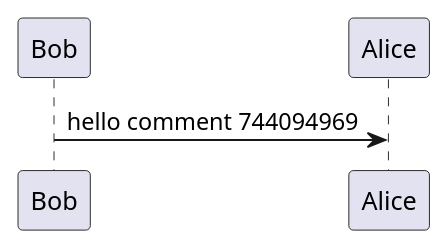
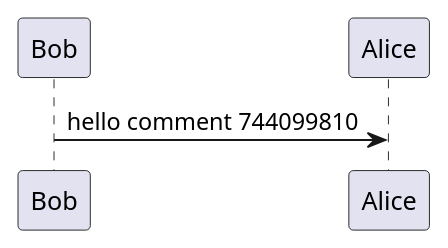
Before and after one commit to holowinski/plantuml-github-action: the diagram in examples/sequence.puml, drawn with PlantUML. The commit also changed 1 other file, not shown here.

Commit message:
Regenerated example diagram - new comment received

```diff
--- a/examples/sequence.puml
+++ b/examples/sequence.puml
@@ -1,3 +1,3 @@
 @startuml
-Bob->Alice : hello comment 744094969
+Bob->Alice : hello comment 744099810
 @enduml
```
